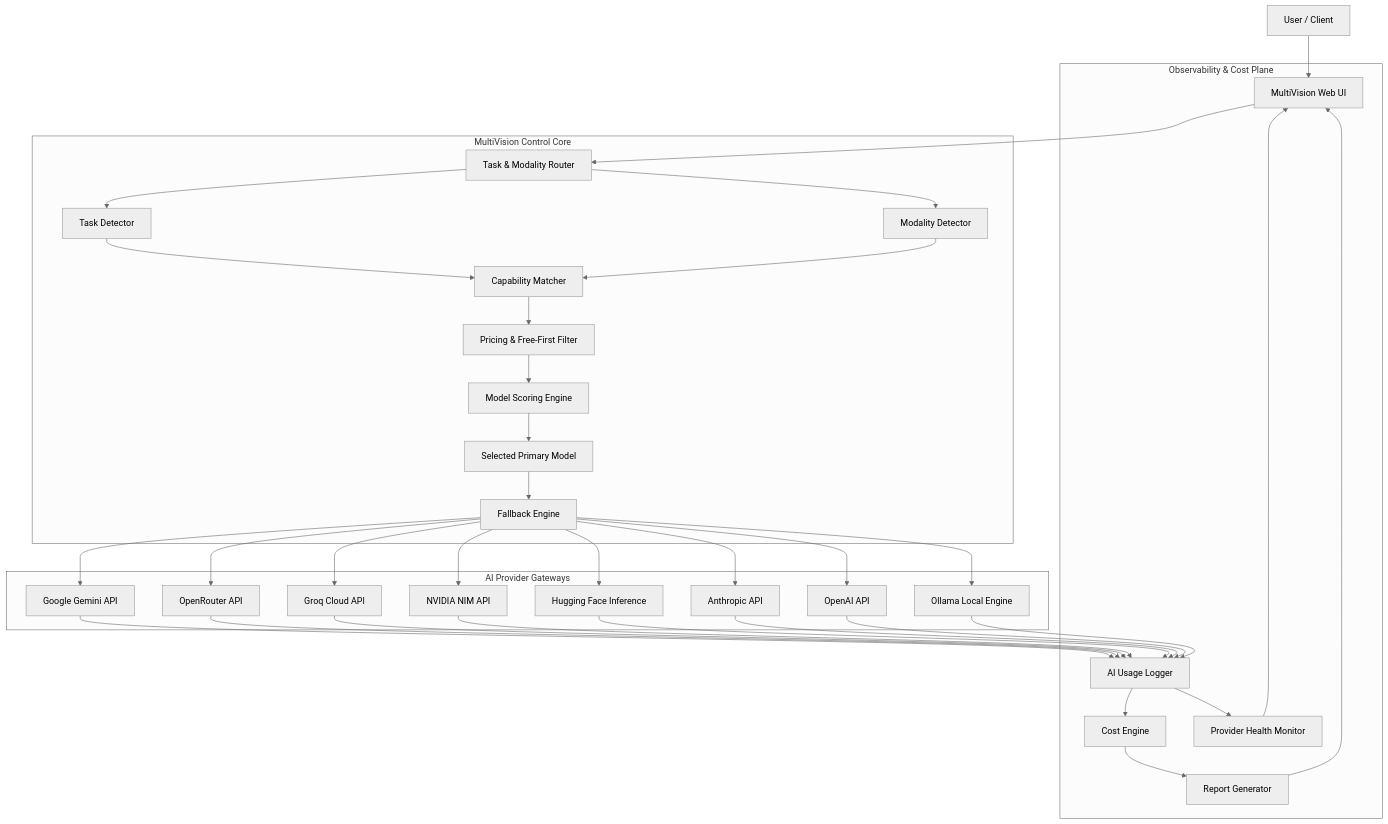
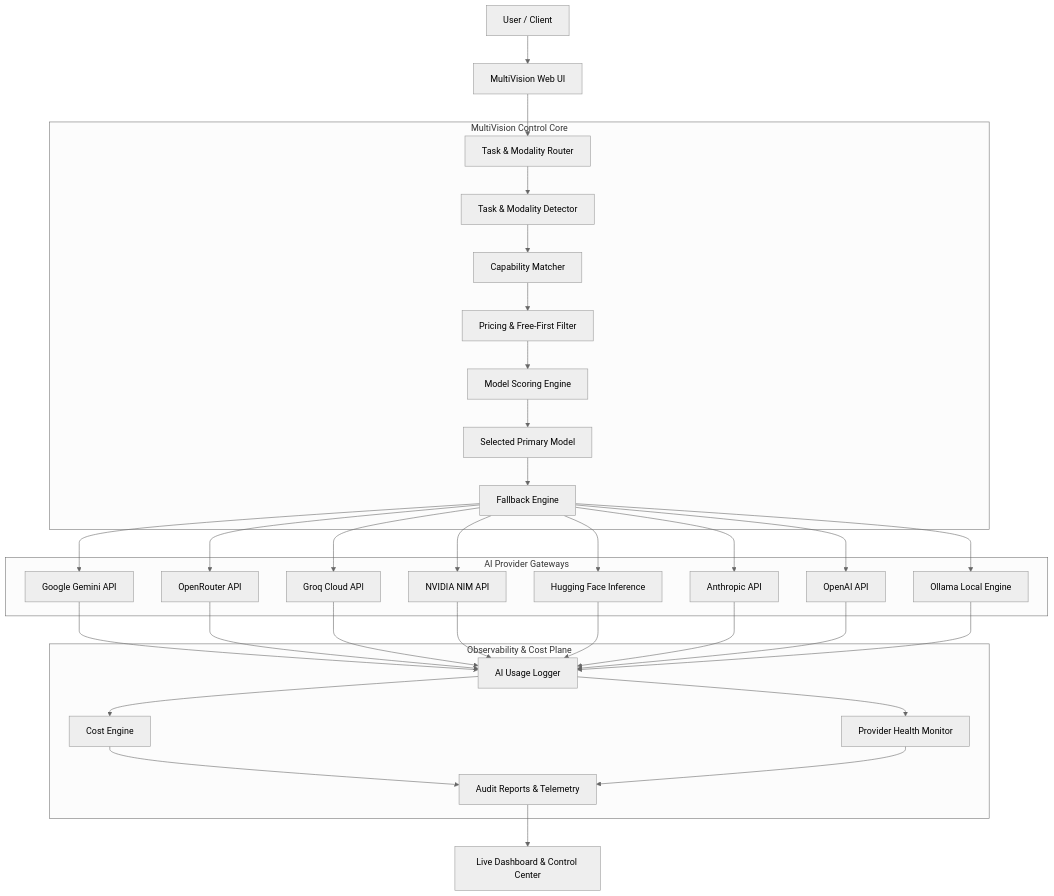
The diagram in README.md (bhanuatla521-svg/multivision-ai), drawn with Mermaid (neutral theme) before and after one commit.

Commit message:
fix(docs): resolve Mermaid rendering issue with clean acyclic DAG

````diff
--- a/README.md
+++ b/README.md
@@ -538,43 +538,42 @@
 ```mermaid
 flowchart TD
-    U["User / Client"] --> UI["MultiVision Web UI"]
-    UI --> R["Task & Modality Router"]
+    User["User / Client"] --> WebUI["MultiVision Web UI"]
+    WebUI --> Router["Task & Modality Router"]
     
     subgraph Core ["MultiVision Control Core"]
-        R --> TD["Task Detector"]
-        R --> MD["Modality Detector"]
-        TD --> CM["Capability Matcher"]
-        MD --> CM
-        CM --> PF["Pricing & Free-First Filter"]
-        PF --> SE["Model Scoring Engine"]
-        SE --> SM["Selected Primary Model"]
-        SM --> FB["Fallback Engine"]
+        Router --> TaskDet["Task & Modality Detector"]
+        TaskDet --> CapMatch["Capability Matcher"]
+        CapMatch --> PriceFilter["Pricing & Free-First Filter"]
+        PriceFilter --> Scoring["Model Scoring Engine"]
+        Scoring --> SelectModel["Selected Primary Model"]
+        SelectModel --> Fallback["Fallback Engine"]
     end
 
     subgraph Gateways ["AI Provider Gateways"]
-        FB --> G["Google Gemini API"]
-        FB --> O["OpenRouter API"]
-        FB --> Q["Groq Cloud API"]
-        FB --> N["NVIDIA NIM API"]
-        FB --> HF["Hugging Face Inference"]
-        FB --> A["Anthropic API"]
-        FB --> OP["OpenAI API"]
-        FB --> L["Ollama Local Engine"]
+        Fallback --> Gemini["Google Gemini API"]
+        Fallback --> OpenRouter["OpenRouter API"]
+        Fallback --> Groq["Groq Cloud API"]
+        Fallback --> Nvidia["NVIDIA NIM API"]
+        Fallback --> HF["Hugging Face Inference"]
+        Fallback --> Anthropic["Anthropic API"]
+        Fallback --> OpenAI["OpenAI API"]
+        Fallback --> Ollama["Ollama Local Engine"]
     end
 
     subgraph Observability ["Observability & Cost Plane"]
-        G --> LOG["AI Usage Logger"]
-        O --> LOG
-        Q --> LOG
-        N --> LOG
-        HF --> LOG
-        A --> LOG
-        OP --> LOG
-        L --> LOG
-        LOG --> CE["Cost Engine"]
-        LOG --> PH["Provider Health Monitor"]
-        CE --> REP["Report Generator"]
-        PH --> UI
-        REP --> UI
+        Gemini --> Logger["AI Usage Logger"]
+        OpenRouter --> Logger
+        Groq --> Logger
+        Nvidia --> Logger
+        HF --> Logger
+        Anthropic --> Logger
+        OpenAI --> Logger
+        Ollama --> Logger
+        Logger --> CostEngine["Cost Engine"]
+        Logger --> HealthMon["Provider Health Monitor"]
+        CostEngine --> Reports["Audit Reports & Telemetry"]
+        HealthMon --> Reports
     end
+
+    Reports --> Dashboard["Live Dashboard & Control Center"]
 ```
````
